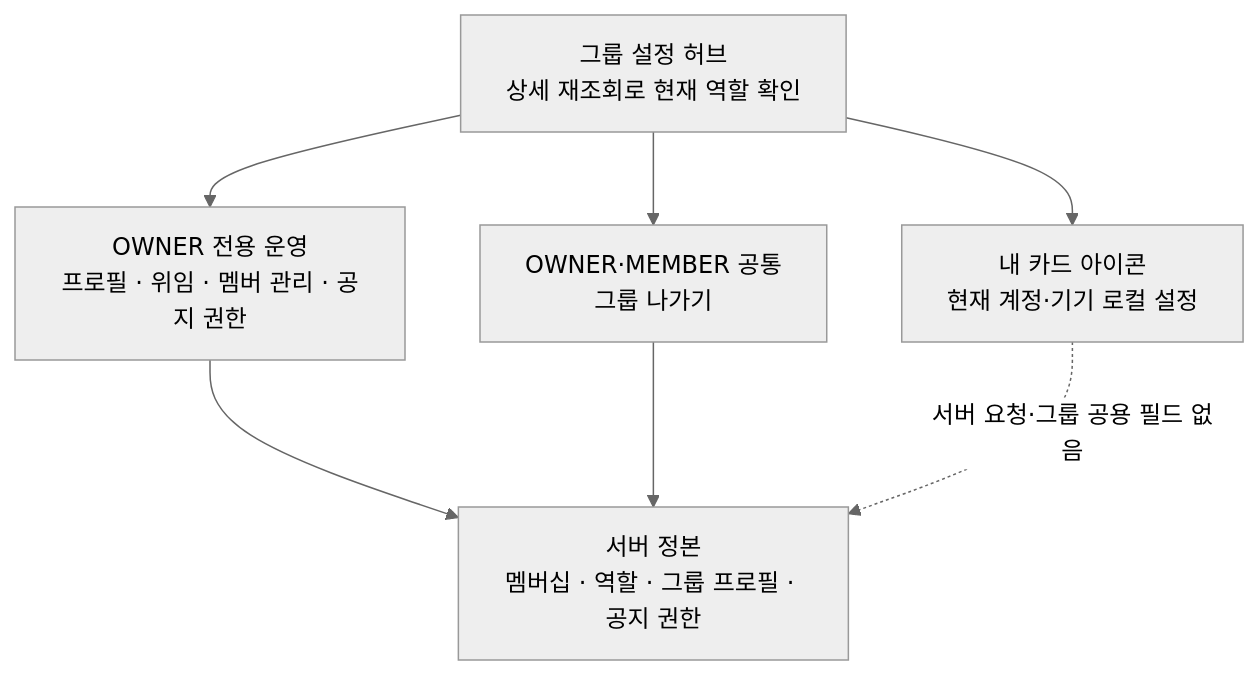
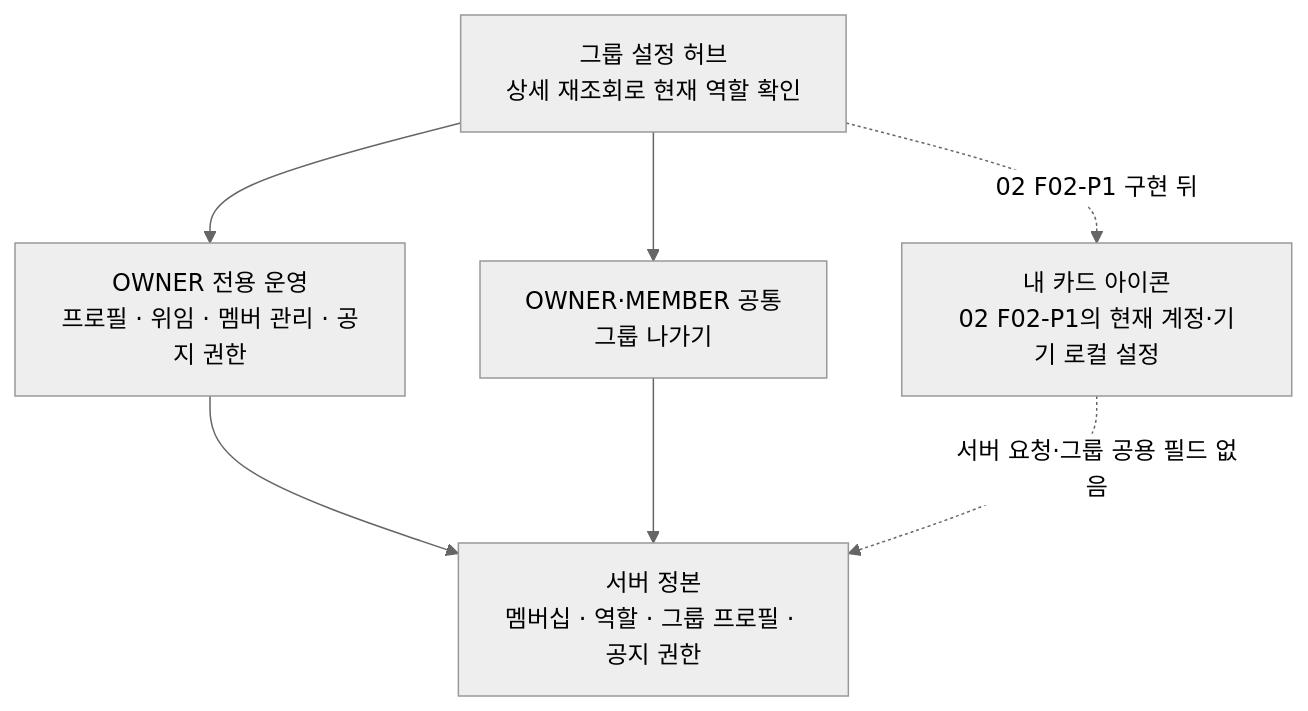
Before and after one commit to OneOrThree/phone: the first of 3 diagrams in docs/prd/group/features/04-operation/high-level-design.md, drawn with Mermaid (neutral theme). The commit also changed other lines of this file and 21 other files, not shown here.

````diff
--- a/docs/prd/group/features/04-operation/high-level-design.md
+++ b/docs/prd/group/features/04-operation/high-level-design.md
@@ -14,15 +15,15 @@
 ```mermaid
 flowchart TB
     Hub["그룹 설정 허브\n상세 재조회로 현재 역할 확인"]
-    Local["내 카드 아이콘\n현재 계정·기기 로컬 설정"]
+    Local["내 카드 아이콘\n02 F02-P1의 현재 계정·기기 로컬 설정"]
     Owner["OWNER 전용 운영\n프로필 · 위임 · 멤버 관리 · 공지 권한"]
     Leave["OWNER·MEMBER 공통\n그룹 나가기"]
     Server["서버 정본\n멤버십 · 역할 · 그룹 프로필 · 공지 권한"]
 
-    Hub --> Local
+    Hub -.->|"02 F02-P1 구현 뒤"| Local
     Hub --> Owner
     Hub --> Leave
     Owner --> Server
     Leave --> Server
     Local -.->|"서버 요청·그룹 공용 필드 없음"| Server
 ```
````
